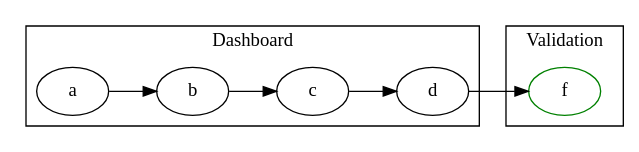
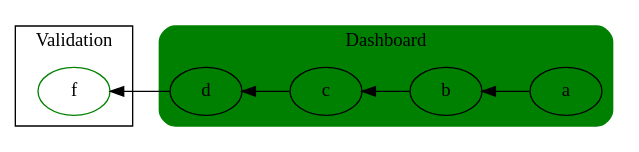
One commit to oren/graphviz changed the diagram in input3.dot. Above: the diagram before and after it, drawn with Graphviz. The commit also changed 3 other files, not shown here.

```diff
--- a/input3.dot
+++ b/input3.dot
@@ -1,16 +1,19 @@
 digraph { 
-  rankdir=LR;
+  rankdir=RL;
   
   subgraph cluster_0 {
     label="Dashboard";
+    color="green";
+    style="filled, rounded"
+    style="filled, rounded"
       a -> b;
       b -> c;
       c -> d;
   }
     
   subgraph cluster_1 {
     label="Validation";
       f[color="green"];
       d -> f;
   }
 }
```
